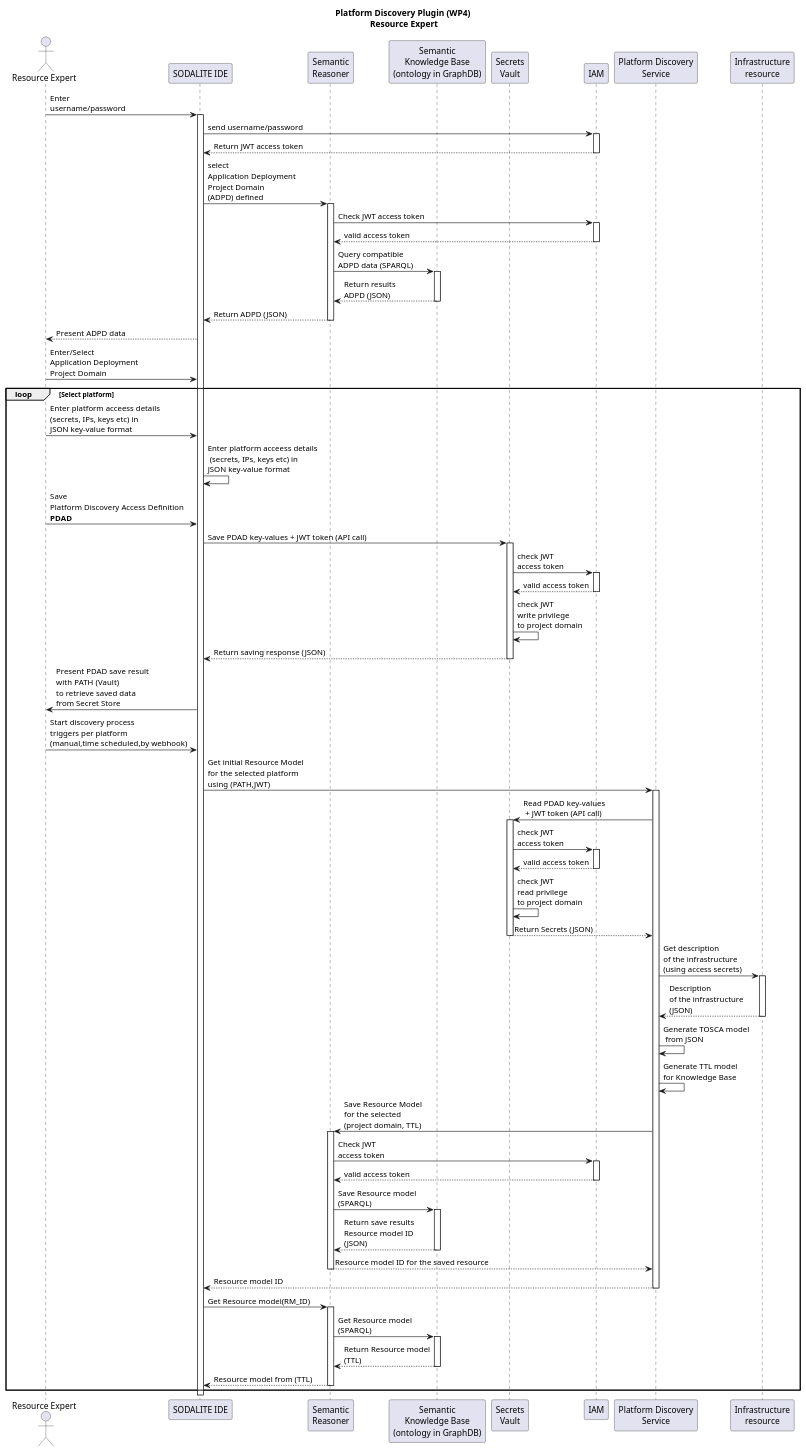
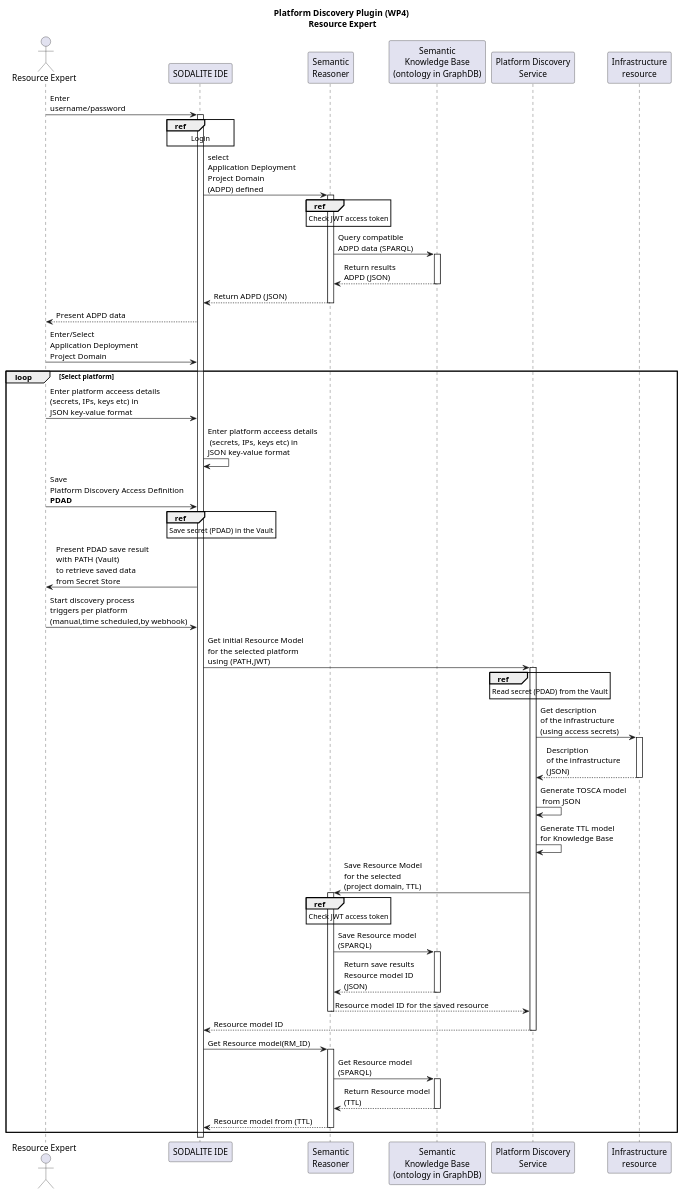
The diagram in uml/sequence-diagrams/UC-17-PlatformDiscovery-WP4.puml (SODALITE-EU/project-wide-documentation), drawn with PlantUML before and after one commit.

Commit message:
Updated UC17 with security references

```diff
--- a/uml/sequence-diagrams/UC-17-PlatformDiscovery-WP4.puml
+++ b/uml/sequence-diagrams/UC-17-PlatformDiscovery-WP4.puml
@@ -1,107 +1,79 @@
 @startuml
 
 title Platform Discovery Plugin (WP4)\n Resource Expert
 
 actor "Resource Expert" as re
 participant "SODALITE IDE" as editor
 participant "Semantic\nReasoner" as reasoner
 participant "Semantic\nKnowledge Base\n(ontology in GraphDB)" as ontology
-participant "Secrets\nVault" as secretstore
-participant "IAM" as IAM
 participant "Platform Discovery\nService" as PDS
 participant "Infrastructure\nresource" as resource
 
-re->editor: Enter\nusername/password 
+re->editor: Enter\nusername/password
 
 activate editor
-editor->IAM:  send username/password
-activate IAM
-IAM-->editor: Return JWT access token
-deactivate IAM
+ref over editor: Login
 
 editor->reasoner:  select\nApplication Deployment\nProject Domain\n(ADPD) defined
 activate reasoner
-reasoner->IAM: Check JWT access token
-activate IAM
-IAM-->reasoner: valid access token
-deactivate IAM
+ref over reasoner: Check JWT access token
 
 reasoner->ontology: Query compatible\nADPD data (SPARQL)
 activate ontology
 ontology-->reasoner: Return results\nADPD (JSON)
 deactivate ontology
 reasoner-->editor: Return ADPD (JSON)
 deactivate reasoner
 editor-->re: Present ADPD data
-re->editor: Enter/Select\nApplication Deployment\nProject Domain 
+re->editor: Enter/Select\nApplication Deployment\nProject Domain
 
 loop Select platform
     re->editor: Enter platform acceess details\n(secrets, IPs, keys etc) in\nJSON key-value format
     editor->editor: Enter platform acceess details\n (secrets, IPs, keys etc) in\nJSON key-value format
     'Save the data to secret store as a set of key-value entries (on a uniquiely defined namespace project/platform)
     re->editor: Save\nPlatform Discovery Access Definition\n<b>PDAD
 
-    editor->secretstore: Save PDAD key-values + JWT token (API call)
-    activate secretstore
-    secretstore->IAM: check JWT\naccess token 
-    activate IAM
-    IAM-->secretstore: valid access token
-    deactivate IAM
-    secretstore->secretstore: check JWT\nwrite privilege\nto project domain
-    secretstore-->editor: Return saving response (JSON)
-    deactivate secretstore
+    ref over editor: Save secret (PDAD) in the Vault
     editor->re: Present PDAD save result\nwith PATH (Vault)\nto retrieve saved data\nfrom Secret Store
 
     re->editor: Start discovery process\ntriggers per platform\n(manual,time scheduled,by webhook)
-    
+
     editor->PDS: Get initial Resource Model\nfor the selected platform\nusing (PATH,JWT)
     activate PDS
-    PDS->secretstore: Read PDAD key-values\n + JWT token (API call)
-    activate secretstore
-    secretstore->IAM: check JWT\naccess token 
-    activate IAM
-    IAM-->secretstore: valid access token
-    deactivate IAM
-    secretstore->secretstore: check JWT\nread privilege\nto project domain
-    secretstore-->PDS: Return Secrets (JSON)
-    deactivate secretstore
-
+    ref over PDS: Read secret (PDAD) from the Vault
     PDS->resource: Get description\nof the infrastructure\n(using access secrets)
     activate resource
     resource-->PDS: Description\nof the infrastructure\n(JSON)
     deactivate resource
 
     PDS->PDS: Generate TOSCA model\n from JSON
     PDS->PDS: Generate TTL model\nfor Knowledge Base
-    
+
     PDS->reasoner: Save Resource Model\nfor the selected\n(project domain, TTL)
 
     activate reasoner
-    reasoner->IAM: Check JWT\naccess token
-    activate IAM
-    IAM-->reasoner: valid access token
-    deactivate IAM
+    ref over reasoner: Check JWT access token
     reasoner->ontology: Save Resource model\n(SPARQL)
     activate ontology
     ontology-->reasoner: Return save results\nResource model ID\n(JSON)
     deactivate ontology
     reasoner-->PDS: Resource model ID for the saved resource
     deactivate reasoner
 
-    PDS-->editor: Resource model ID 
+    PDS-->editor: Resource model ID
     deactivate PDS
 
     editor->reasoner: Get Resource model(RM_ID)
     activate reasoner
 
     reasoner->ontology: Get Resource model\n(SPARQL)
     activate ontology
     ontology-->reasoner: Return Resource model\n(TTL)
     deactivate ontology
 
     reasoner-->editor: Resource model from (TTL)
     deactivate reasoner
     deactivate PDS
 
 end
 @enduml
```
